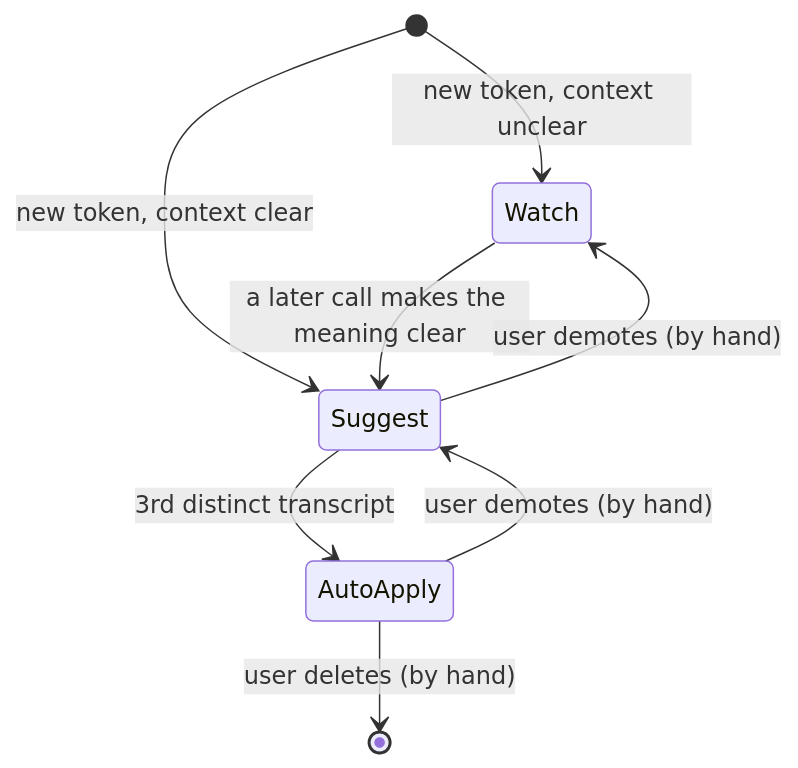
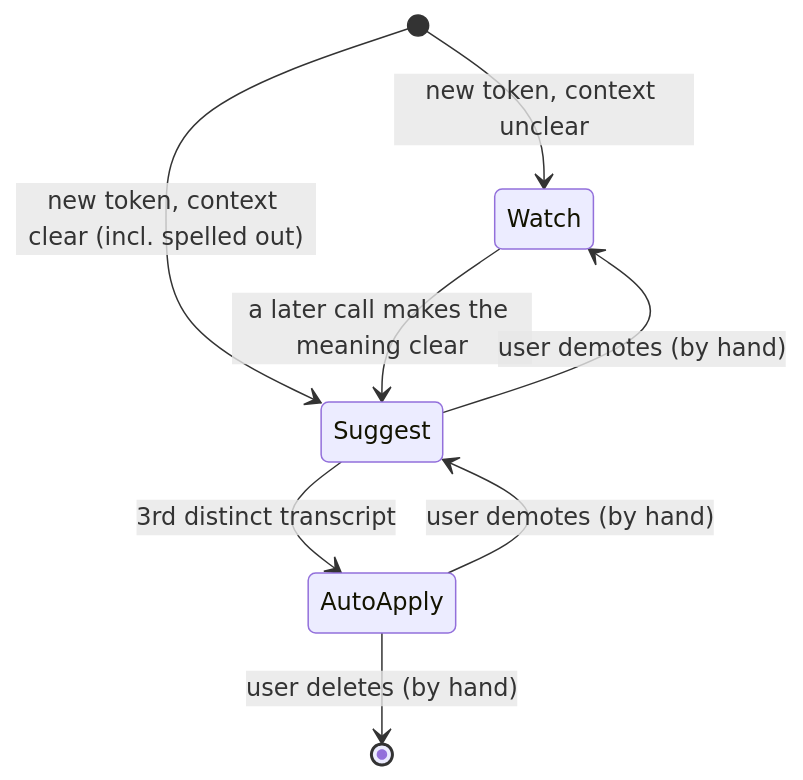
The diagram in docs/how-the-ladder-works.md (itstauf/learning-glossary), drawn with Mermaid before and after one commit. The commit also changed other lines of this file and 7 other files, not shown here.

````diff
--- a/docs/how-the-ladder-works.md
+++ b/docs/how-the-ladder-works.md
@@ -37,10 +37,10 @@
 ```mermaid
 stateDiagram-v2
     [*] --> Watch: new token, context unclear
-    [*] --> Suggest: new token, context clear
+    [*] --> Suggest: new token, context clear (incl. spelled out)
     Watch --> Suggest: a later call makes the meaning clear
     Suggest --> AutoApply: 3rd distinct transcript
     AutoApply --> Suggest: user demotes (by hand)
     Suggest --> Watch: user demotes (by hand)
     AutoApply --> [*]: user deletes (by hand)
 ```
````
